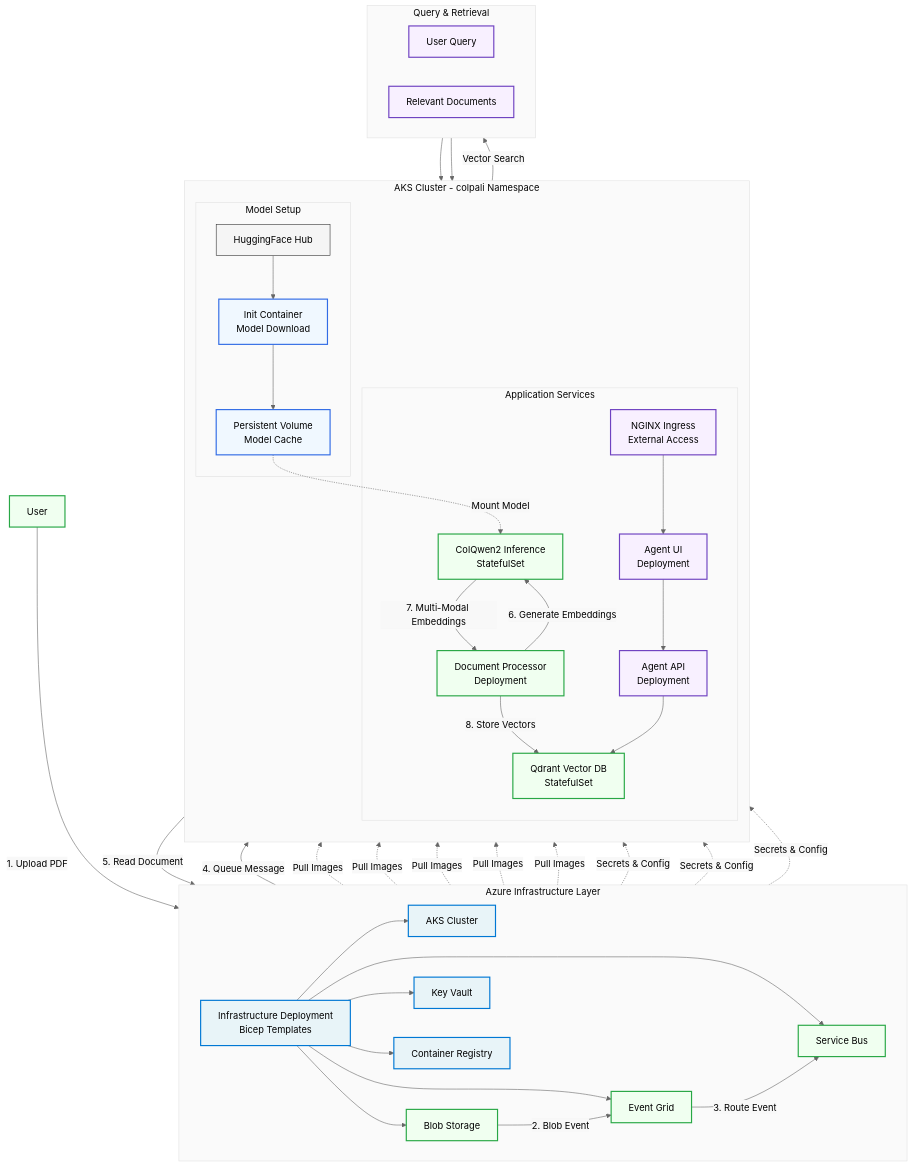
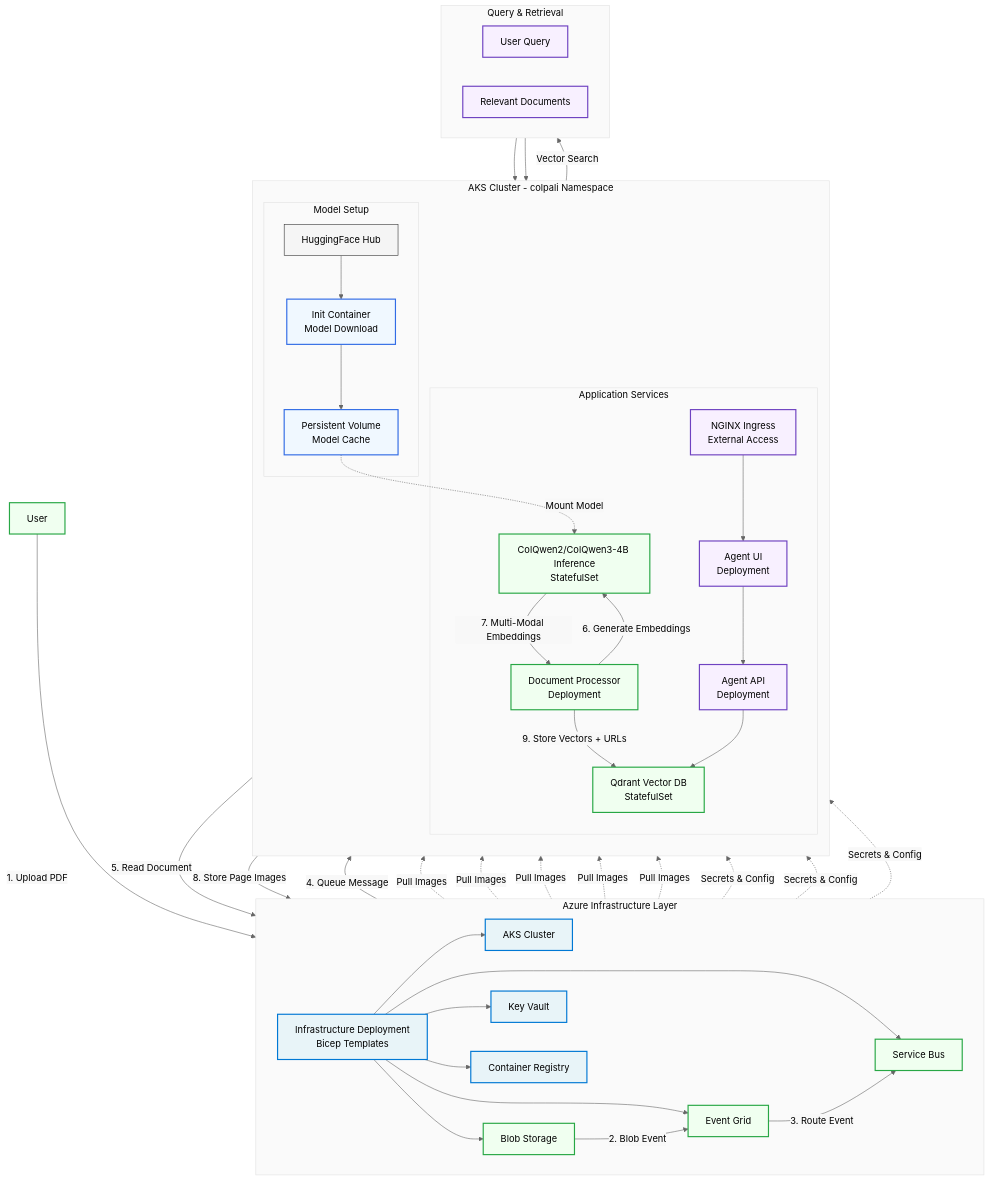
The diagram in README.md (microsoft/multi-modal-rag-with-colpali), drawn with Mermaid before and after one commit. The commit also changed other lines of this file and 100 other files, not shown here.

```diff
--- a/README.md
+++ b/README.md
@@ -108,7 +100,7 @@
         end
 
         subgraph APP_SERVICES ["Application Services"]
-            COLQWEN[ColQwen2 Inference<br/>StatefulSet]
+            COLQWEN[ColQwen2/ColQwen3-4B Inference<br/>StatefulSet]
             DOCPROC[Document Processor<br/>Deployment]
             QDRANT[Qdrant Vector DB<br/>StatefulSet]
             AGENT_API[Agent API<br/>Deployment]
@@ -127,7 +119,8 @@
     DOCPROC -->|5. Read Document| STORAGE
     DOCPROC -->|6. Generate Embeddings| COLQWEN
     COLQWEN -->|7. Multi-Modal Embeddings| DOCPROC
-    DOCPROC -->|8. Store Vectors| QDRANT
+    DOCPROC -->|8. Store Page Images| STORAGE
+    DOCPROC -->|9. Store Vectors + URLs| QDRANT
 
     subgraph QUERY_LAYER ["Query & Retrieval"]
         direction LR
```
